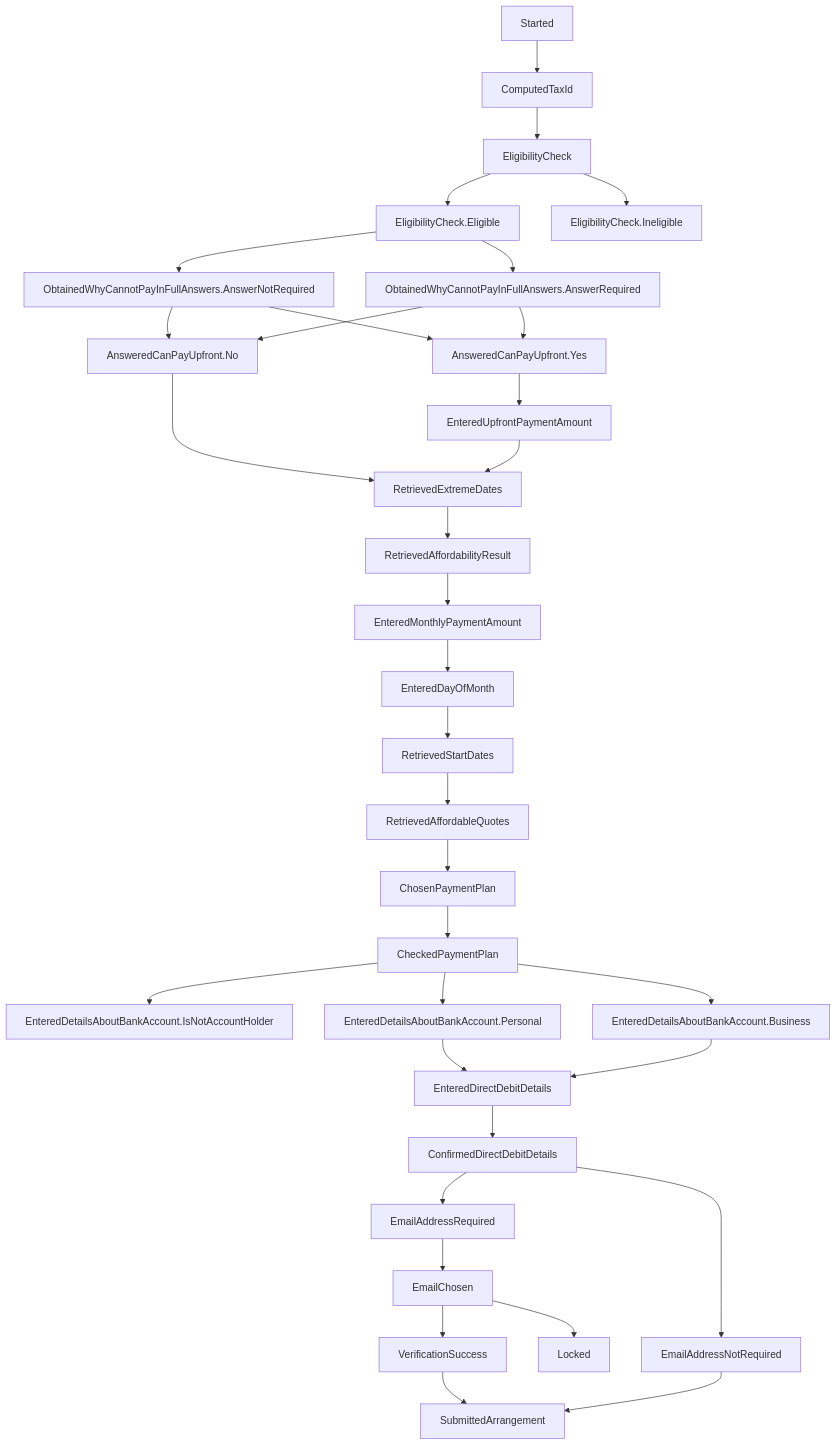
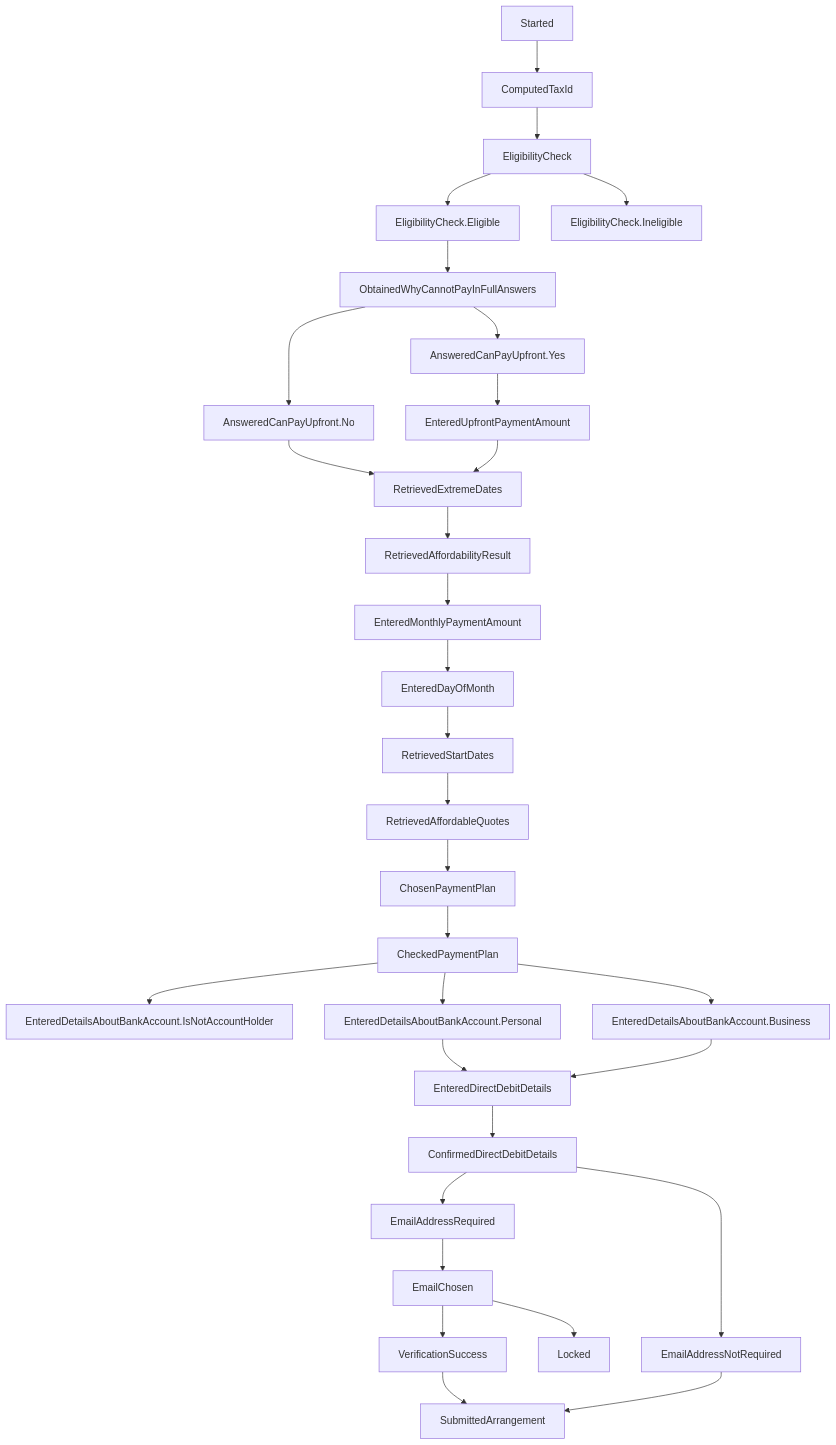
Before and after one commit to hmrc/essttp-backend: the diagram in README.md, drawn with Mermaid.

Commit message:
update diagram

````diff
--- a/README.md
+++ b/README.md
@@ -38,35 +38,32 @@
 ```mermaid
 graph TD;
     Started --> ComputedTaxId;
     ComputedTaxId --> EligibilityCheck;
     EligibilityCheck --> EligibilityCheck.Eligible;
     EligibilityCheck --> EligibilityCheck.Ineligible;
-    EligibilityCheck.Eligible --> ObtainedWhyCannotPayInFullAnswers.AnswerRequired;
-    EligibilityCheck.Eligible --> ObtainedWhyCannotPayInFullAnswers.AnswerNotRequired;
-    ObtainedWhyCannotPayInFullAnswers.AnswerNotRequired --> AnsweredCanPayUpfront.Yes;
-    ObtainedWhyCannotPayInFullAnswers.AnswerNotRequired --> AnsweredCanPayUpfront.No;
-    ObtainedWhyCannotPayInFullAnswers.AnswerRequired --> AnsweredCanPayUpfront.Yes;
-    ObtainedWhyCannotPayInFullAnswers.AnswerRequired --> AnsweredCanPayUpfront.No;
+    EligibilityCheck.Eligible --> ObtainedWhyCannotPayInFullAnswers;
+    ObtainedWhyCannotPayInFullAnswers --> AnsweredCanPayUpfront.Yes;
+    ObtainedWhyCannotPayInFullAnswers --> AnsweredCanPayUpfront.No;
     AnsweredCanPayUpfront.No --> RetrievedExtremeDates;
     AnsweredCanPayUpfront.Yes --> EnteredUpfrontPaymentAmount --> RetrievedExtremeDates;
     RetrievedExtremeDates --> RetrievedAffordabilityResult;
     RetrievedAffordabilityResult --> EnteredMonthlyPaymentAmount;
     EnteredMonthlyPaymentAmount --> EnteredDayOfMonth;
     EnteredDayOfMonth --> RetrievedStartDates;
     RetrievedStartDates --> RetrievedAffordableQuotes;
     RetrievedAffordableQuotes --> ChosenPaymentPlan;
     ChosenPaymentPlan --> CheckedPaymentPlan;
     CheckedPaymentPlan --> EnteredDetailsAboutBankAccount.IsNotAccountHolder;
     CheckedPaymentPlan --> EnteredDetailsAboutBankAccount.Personal;
     CheckedPaymentPlan --> EnteredDetailsAboutBankAccount.Business;
     EnteredDetailsAboutBankAccount.Personal --> EnteredDirectDebitDetails;
     EnteredDetailsAboutBankAccount.Business --> EnteredDirectDebitDetails;
     EnteredDirectDebitDetails --> ConfirmedDirectDebitDetails;
     ConfirmedDirectDebitDetails --> EmailAddressRequired;
     ConfirmedDirectDebitDetails --> EmailAddressNotRequired;
     EmailAddressRequired --> EmailChosen;
     EmailChosen --> Locked;
     EmailChosen --> VerificationSuccess;
     VerificationSuccess --> SubmittedArrangement;
     EmailAddressNotRequired --> SubmittedArrangement;
 ```
````
